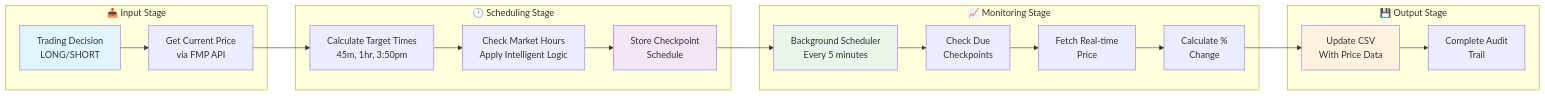
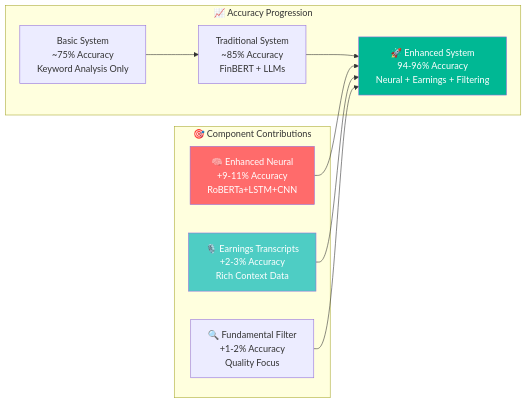
Before and after one commit to jaygasi/news_analyzer: the seventh of 11 diagrams in news_cruncher/README.md, drawn with Mermaid. The commit also changed other lines of this file and 12 other files, not shown here.

Commit message:
added the price-backfiller, fundamentals filtering of stucks (not working correctly), added enhanced LLM Roberta

````diff
--- a/news_cruncher/README.md
+++ b/news_cruncher/README.md
@@ -264,42 +627,25 @@
 ```mermaid
 graph LR
-    subgraph "📥 Input Stage"
-        Decision[Trading Decision<br/>LONG/SHORT]
-        CurrentPrice[Get Current Price<br/>via FMP API]
+    subgraph "📈 Accuracy Progression"
+        Basic[Basic System<br/>~75% Accuracy<br/>Keyword Analysis Only]
+        Traditional[Traditional System<br/>~85% Accuracy<br/>FinBERT + LLMs]
+        Enhanced[🚀 Enhanced System<br/>94-96% Accuracy<br/>Neural + Earnings + Filtering]
     end
     
-    subgraph "🕐 Scheduling Stage"
-        TimeCalc[Calculate Target Times<br/>45m, 1hr, 3:50pm]
-        MarketCheck[Check Market Hours<br/>Apply Intelligent Logic]
-        Schedule[Store Checkpoint<br/>Schedule]
+    subgraph "🎯 Component Contributions"
+        Neural[🧠 Enhanced Neural<br/>+9-11% Accuracy<br/>RoBERTa+LSTM+CNN]
+        Earnings[🎙️ Earnings Transcripts<br/>+2-3% Accuracy<br/>Rich Context Data]
+        Filtering[🔍 Fundamental Filter<br/>+1-2% Accuracy<br/>Quality Focus]
     end
     
-    subgraph "📈 Monitoring Stage"
-        Background[Background Scheduler<br/>Every 5 minutes]
-        CheckDue[Check Due<br/>Checkpoints]
-        FetchPrice[Fetch Real-time<br/>Price]
-        CalcChange[Calculate %<br/>Change]
-    end
+    Basic --> Traditional
+    Traditional --> Enhanced
     
-    subgraph "💾 Output Stage"
-        UpdateCSV[Update CSV<br/>With Price Data]
-        AuditTrail[Complete Audit<br/>Trail]
-    end
+    Neural --> Enhanced
+    Earnings --> Enhanced
+    Filtering --> Enhanced
     
-    Decision --> CurrentPrice
-    CurrentPrice --> TimeCalc
-    TimeCalc --> MarketCheck
-    MarketCheck --> Schedule
-    
-    Schedule --> Background
-    Background --> CheckDue
-    CheckDue --> FetchPrice
-    FetchPrice --> CalcChange
-    CalcChange --> UpdateCSV
-    UpdateCSV --> AuditTrail
-    
-    style Decision fill:#e1f5fe
-    style Schedule fill:#f3e5f5
-    style Background fill:#e8f5e8
-    style UpdateCSV fill:#fff3e0
+    style Enhanced fill:#00b894,color:#fff
+    style Neural fill:#ff6b6b,color:#fff
+    style Earnings fill:#4ecdc4,color:#fff
 ```
````
